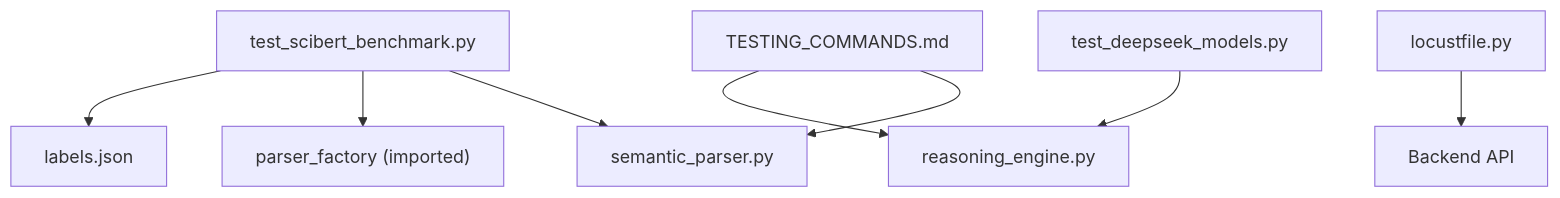
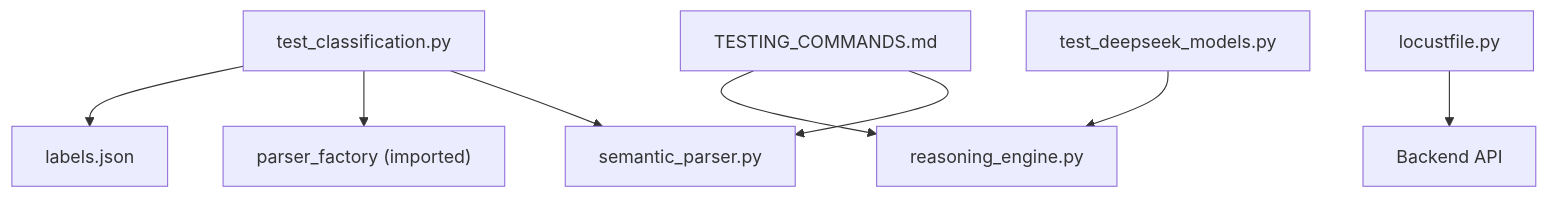
Before and after one commit to rohitkumarnaidu/ScholarFormAI: the tenth of 10 diagrams in .docs/content/Testing Strategy/Backend Testing/Specialized Testing.md, drawn with Mermaid. The commit also changed other lines of this file and 6 other files, not shown here.

First line of the commit message:
docs: update testing, API, and architecture docs in .docs/

````diff
--- a/.docs/content/Testing Strategy/Backend Testing/Specialized Testing.md
+++ b/.docs/content/Testing Strategy/Backend Testing/Specialized Testing.md
@@ -316,10 +316,10 @@
 ```mermaid
 graph TB
-Bench["test_scibert_benchmark.py"] --> SP["semantic_parser.py"]
+Bench["test_classification.py"] --> SP["semantic_parser.py"]
 Bench --> PF["parser_factory (imported)"]
 Bench --> Labels["labels.json"]
 DeepSeek["test_deepseek_models.py"] --> RE["reasoning_engine.py"]
 Load["locustfile.py"] --> API["Backend API"]
 Manual["TESTING_COMMANDS.md"] --> SP
 Manual --> RE
 ```
````
